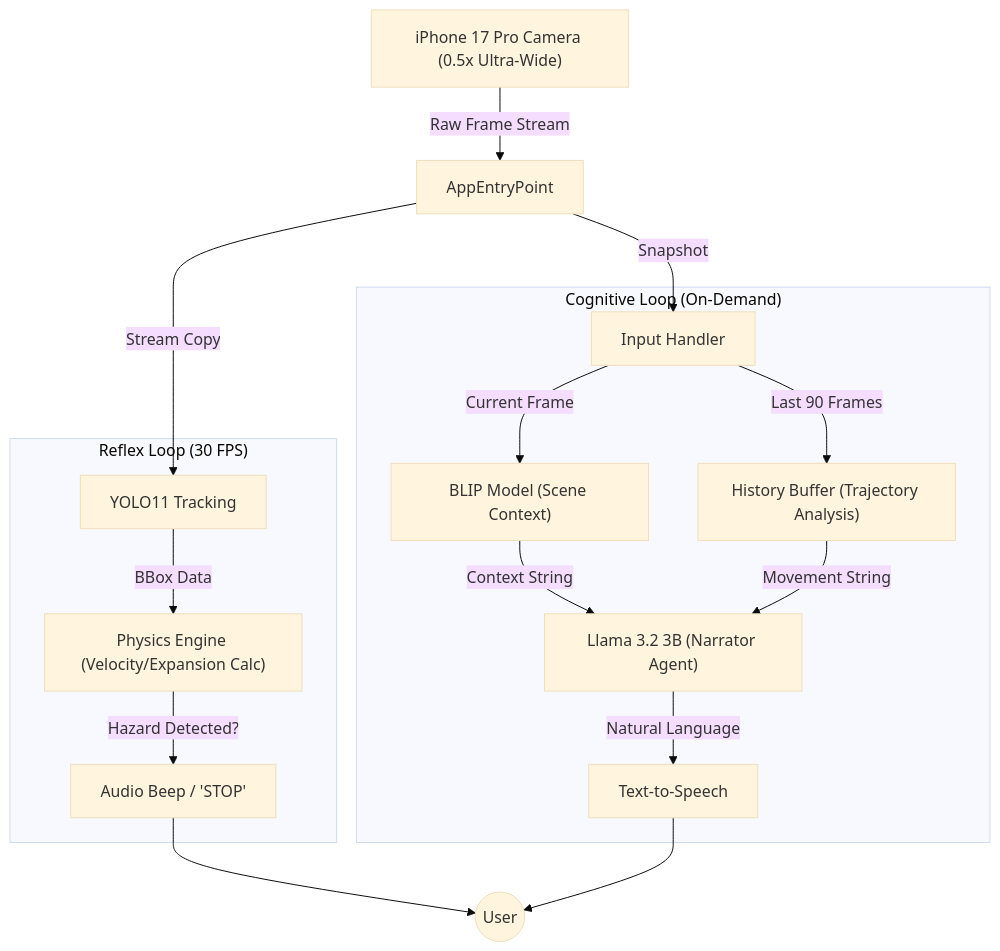
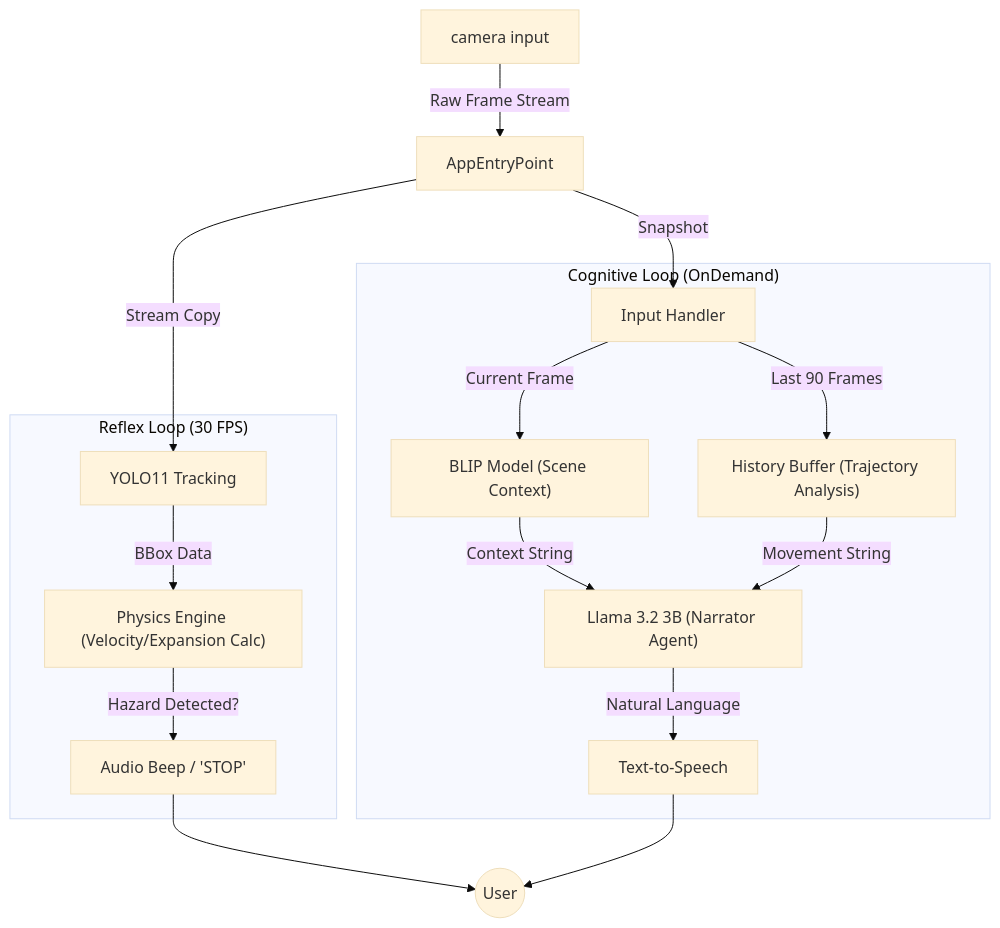
Before and after one commit to sorryshady/stats-507-assignment: the diagram in README.md, drawn with Mermaid (base theme). The commit also changed 1 other file, not shown here.

Commit message:
complete

````diff
--- a/README.md
+++ b/README.md
@@ -26,32 +26,32 @@
 ```mermaid
 graph TD
     %% Hardware Layer
-    Input["iPhone 17 Pro Camera (0.5x Ultra-Wide)"] -->|Raw Frame Stream| AppEntryPoint
+    Input["camera input"] -->|Raw Frame Stream| AppEntryPoint
 
     %% The Dual-Loop Split
     AppEntryPoint -->|Stream Copy| SafetyLoop
     AppEntryPoint -->|Snapshot| CognitiveLoop
 
     %% 1. The Reflex Loop (Fast)
     subgraph "Reflex Loop (30 FPS)"
         SafetyLoop[YOLO11 Tracking]
         SafetyLoop -->|BBox Data| PhysicsEngine["Physics Engine (Velocity/Expansion Calc)"]
         PhysicsEngine -->|Hazard Detected?| AudioReflex["Audio Beep / 'STOP'"]
     end
 
     %% 2. The Cognitive Loop (Slow/Smart)
-    subgraph "Cognitive Loop (On-Demand)"
+    subgraph "Cognitive Loop (OnDemand)"
         CognitiveLoop[Input Handler]
         CognitiveLoop -->|Current Frame| BLIP["BLIP Model (Scene Context)"]
         CognitiveLoop -->|Last 90 Frames| History["History Buffer (Trajectory Analysis)"]
 
         BLIP -->|Context String| Fusion
         History -->|Movement String| Fusion
 
         Fusion["Llama 3.2 3B (Narrator Agent)"] -->|Natural Language| TTS[Text-to-Speech]
     end
 
     %% Outputs
     AudioReflex --> User((User))
     TTS --> User
 ```
````
